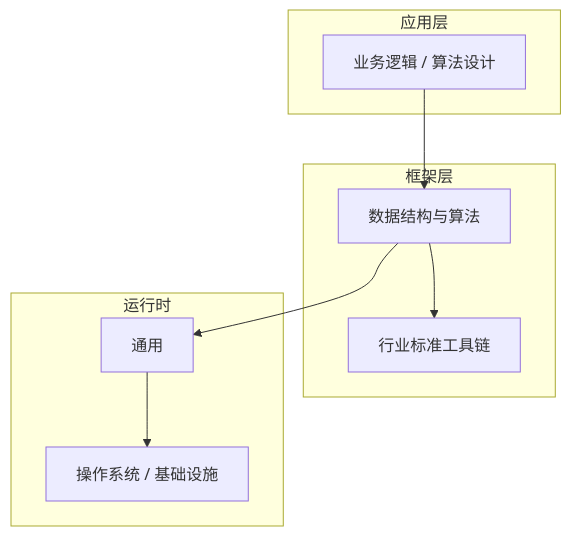
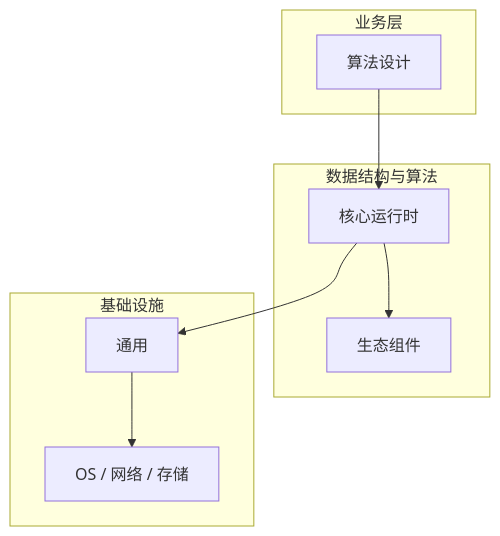
One commit to yanggan2015/knowledge-json-v2 changed the diagram in articles/数据结构与算法/chapters/185-算法设计核心概念与原理.md. Above: the diagram before and after it, drawn with Mermaid. The commit also changed other lines of this file and 10127 other files, not shown here.

````diff
--- a/articles/数据结构与算法/chapters/185-算法设计核心概念与原理.md
+++ b/articles/数据结构与算法/chapters/185-算法设计核心概念与原理.md
@@ -45,18 +30,18 @@
 ```mermaid
 graph TB
-    subgraph 应用层
-        A[业务逻辑 / 算法设计]
+    subgraph 业务层
+        A[算法设计]
     end
-    subgraph 框架层
-        B[数据结构与算法]
-        C[行业标准工具链]
+    subgraph 数据结构与算法
+        B[核心运行时]
+        C[生态组件]
     end
-    subgraph 运行时
+    subgraph 基础设施
         D[通用]
-        E[操作系统 / 基础设施]
+        E[OS / 网络 / 存储]
     end
     A --> B
     B --> C
     B --> D
     D --> E
 ```
````
